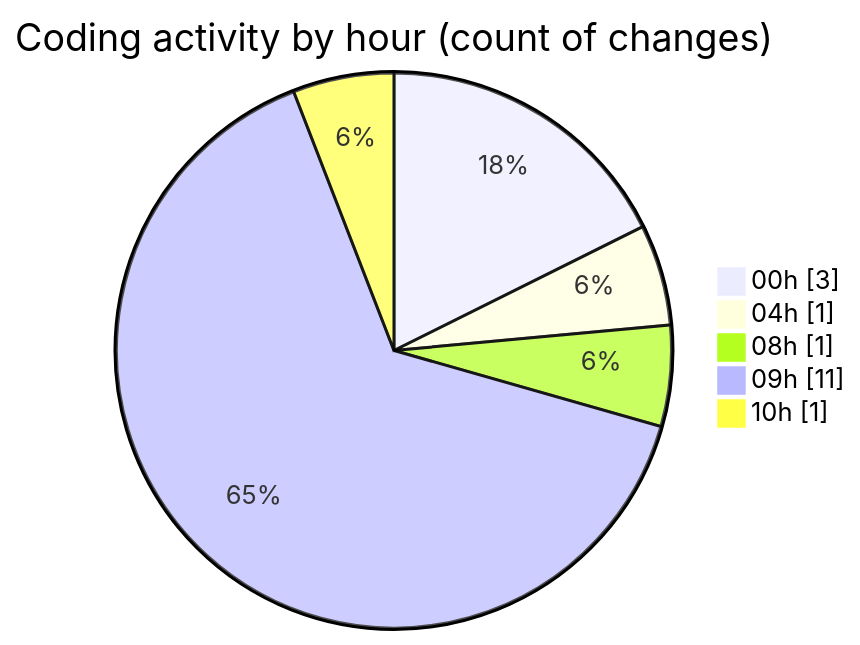
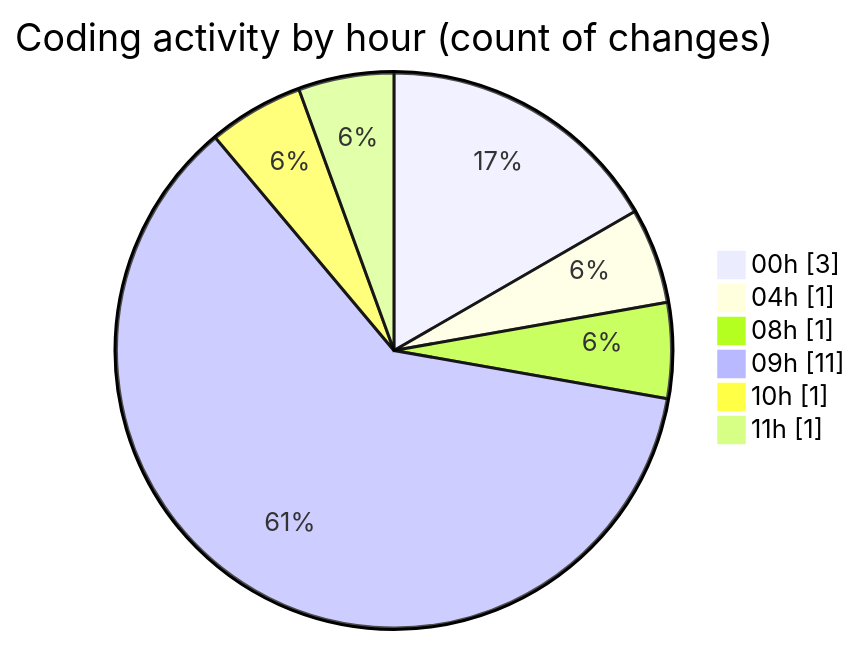
One commit to tmsrecording-cyber/code-tracking changed the second of 2 diagrams in 2026-02-03/singularitybrainai/README.md. Above: the diagram before and after it, drawn with Mermaid. The commit also changed other lines of this file and 1 other file, not shown here.

````diff
--- a/2026-02-03/singularitybrainai/README.md
+++ b/2026-02-03/singularitybrainai/README.md
@@ -33,9 +33,10 @@
 ```mermaid
 pie showData
 title Coding activity by hour (count of changes)
 "00h" : 3
 "04h" : 1
 "08h" : 1
 "09h" : 11
 "10h" : 1
+"11h" : 1
 ```
````
